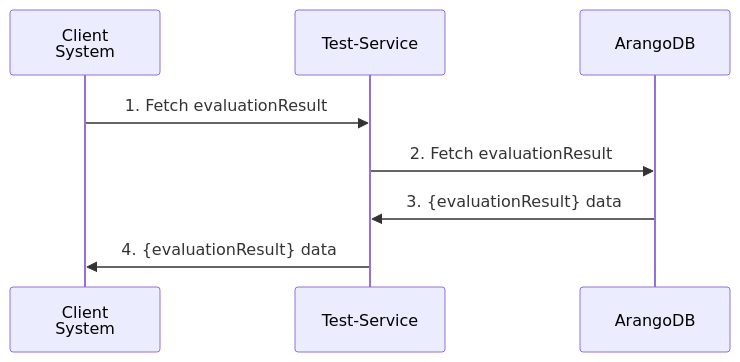
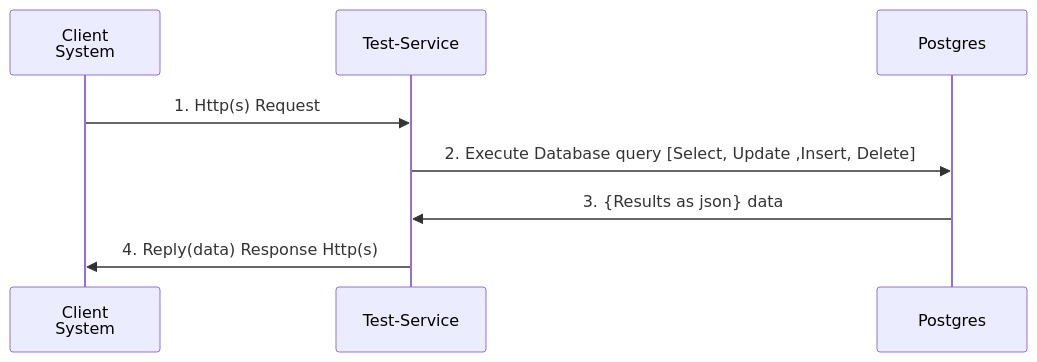
The diagram in README.md (tazama-lf/test-service), drawn with Mermaid before and after one commit. The commit also changed other lines of this file and 1 other file, not shown here.

Commit message:
docs: add test-service document

````diff
--- a/README.md
+++ b/README.md
@@ -59,11 +59,11 @@
 ```mermaid
 sequenceDiagram
     participant Client as Client<br>System
-    participant ADMIN as Test-Service    
-    participant DB as ArangoDB
+    participant Test as Test-Service    
+    participant DB as Postgres
 
-Client ->> ADMIN: 1. Fetch evaluationResult
-ADMIN->> DB: 2. Fetch evaluationResult 
-DB->> ADMIN: 3. {evaluationResult} data
-ADMIN->> Client: 4. {evaluationResult} data
+Client ->> Test: 1. Http(s) Request
+Test->> DB: 2. Execute Database query [Select, Update ,Insert, Delete]
+DB->> Test: 3. {Results as json} data
+Test->> Client: 4. Reply(data) Response Http(s)
 ```
````
